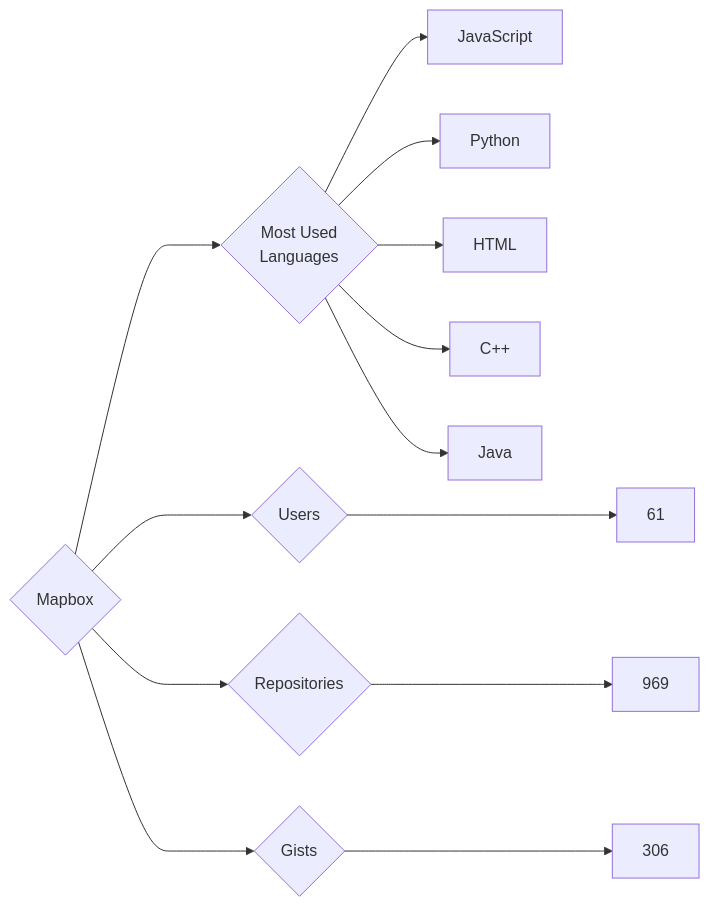
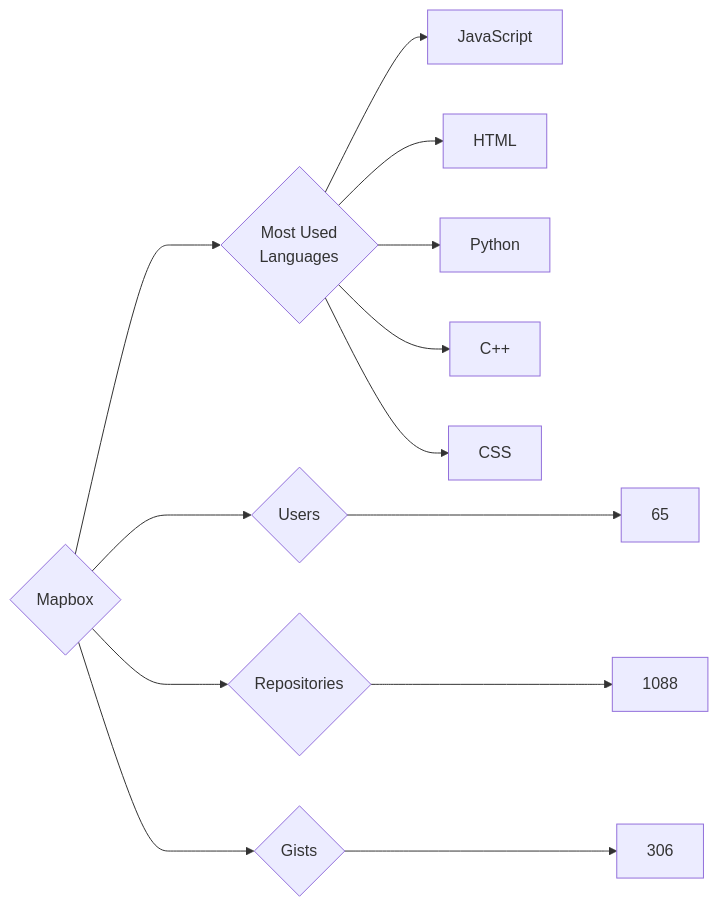
Before and after one commit to trickest/insiders: the diagram in targets/Mapbox/README.md, drawn with Mermaid. The commit also changed 930 other files, not shown here.

````diff
--- a/targets/Mapbox/README.md
+++ b/targets/Mapbox/README.md
@@ -3,13 +3,13 @@
 ```mermaid
 graph LR
 COMPANY_NAME{Mapbox}
-COMPANY_NAME ---> U{Users} ---> UN[61]
-COMPANY_NAME ---> R{Repositories} ---> RN[969]
+COMPANY_NAME ---> U{Users} ---> UN[65]
+COMPANY_NAME ---> R{Repositories} ---> RN[1088]
 COMPANY_NAME ---> G{Gists} ---> GN[306]
 COMPANY_NAME ---> ML{Most Used<br>Languages}
 ML --> JavaScript[JavaScript]
+ML --> HTML[HTML]
 ML --> Python[Python]
-ML --> HTML[HTML]
 ML --> C++[C++]
-ML --> Java[Java]
+ML --> CSS[CSS]
 ```
````
